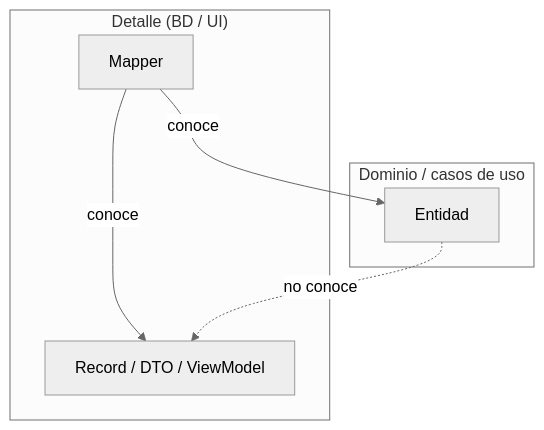
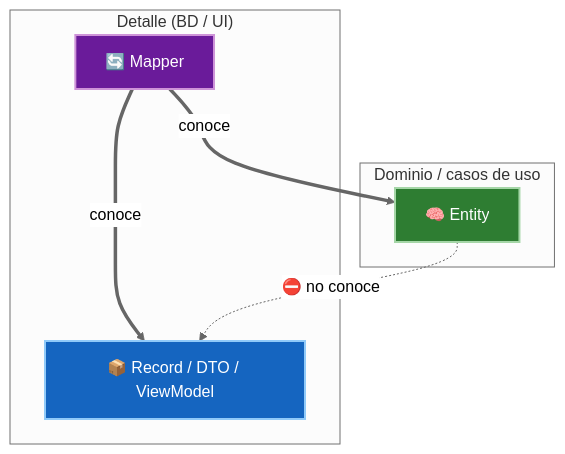
The third of 3 diagrams in 09-presenters-humble-objects/04-mappers-entre-capas.md (JavierMachucaA/clean-architecture-guia), drawn with Mermaid (neutral theme) before and after one commit. The commit also changed other lines of this file and 45 other files, not shown here.

````diff
--- a/09-presenters-humble-objects/04-mappers-entre-capas.md
+++ b/09-presenters-humble-objects/04-mappers-entre-capas.md
@@ -35,13 +42,17 @@
 ```mermaid
 flowchart TD
     subgraph Externa["Detalle (BD / UI)"]
-        REC["Record / DTO / ViewModel"]
-        M["Mapper"]
+        REC["📦 Record / DTO / ViewModel"]
+        M["🔄 Mapper"]
     end
     subgraph Interna["Dominio / casos de uso"]
-        ENT["Entidad"]
+        ENT["🧠 Entity"]
     end
-    M -->|conoce| REC
-    M -->|conoce| ENT
-    ENT -.->|no conoce| REC
+    M ==>|conoce| REC
+    M ==>|conoce| ENT
+    ENT -.->|"⛔ no conoce"| REC
+
+    style REC fill:#1565c0,stroke:#90caf9,color:#fff,stroke-width:2px
+    style M fill:#6a1b9a,stroke:#ce93d8,color:#fff,stroke-width:2px
+    style ENT fill:#2e7d32,stroke:#a5d6a7,color:#fff,stroke-width:2px
 ```
````
